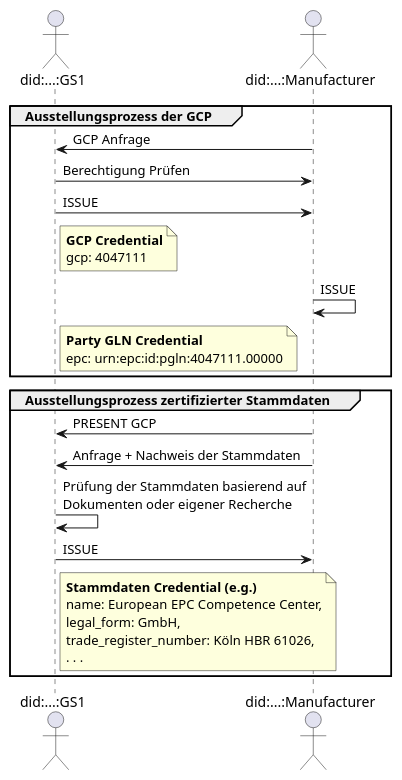
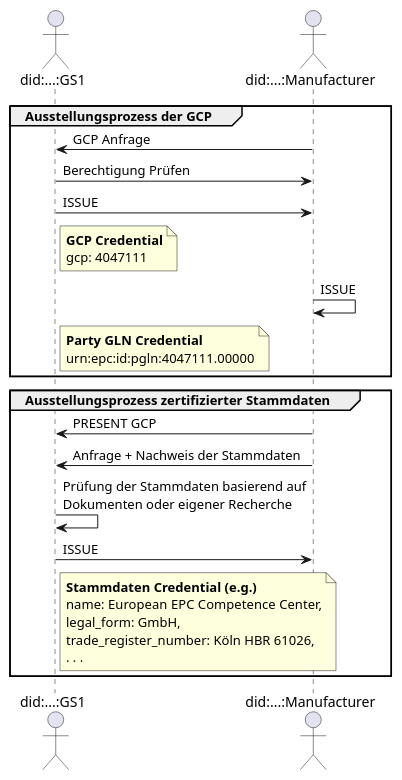
The diagram in ssi/certified-gs1-ids-1-GCP.plantuml (gs1-germany-innolab/CertifiedByGS1-I4.0-OnePager), drawn with PlantUML before and after one commit.

```diff
--- a/ssi/certified-gs1-ids-1-GCP.plantuml
+++ b/ssi/certified-gs1-ids-1-GCP.plantuml
@@ -1,36 +1,36 @@
 @startuml
 skinparam responseMessageBelowArrow true
 
 actor "did:...:GS1" as GS1
 actor "did:...:Manufacturer" as Manufacturer
 
 group Ausstellungsprozess der GCP
     Manufacturer -> GS1 : GCP Anfrage
     GS1 -> Manufacturer : Berechtigung Prüfen
     GS1 -> Manufacturer : ISSUE
     note right of GS1
         <b>GCP Credential</b>
         gcp: 4047111
     end note
     Manufacturer -> Manufacturer : ISSUE
     note right of GS1
         <b>Party GLN Credential</b>
-        epc: urn:epc:id:pgln:4047111.00000
+        urn:epc:id:pgln:4047111.00000
     end note
 end
 
 group Ausstellungsprozess zertifizierter Stammdaten
     Manufacturer -> GS1 : PRESENT GCP
     Manufacturer -> GS1 : Anfrage + Nachweis der Stammdaten
     GS1 -> GS1: Prüfung der Stammdaten basierend auf\nDokumenten oder eigener Recherche
     
     GS1 -> Manufacturer : ISSUE
     note right of GS1
         <b>Stammdaten Credential (e.g.)</b>
         name: European EPC Competence Center,
         legal_form: GmbH,
         trade_register_number: Köln HBR 61026,
         . . .
     end note
 end
 @enduml
```
